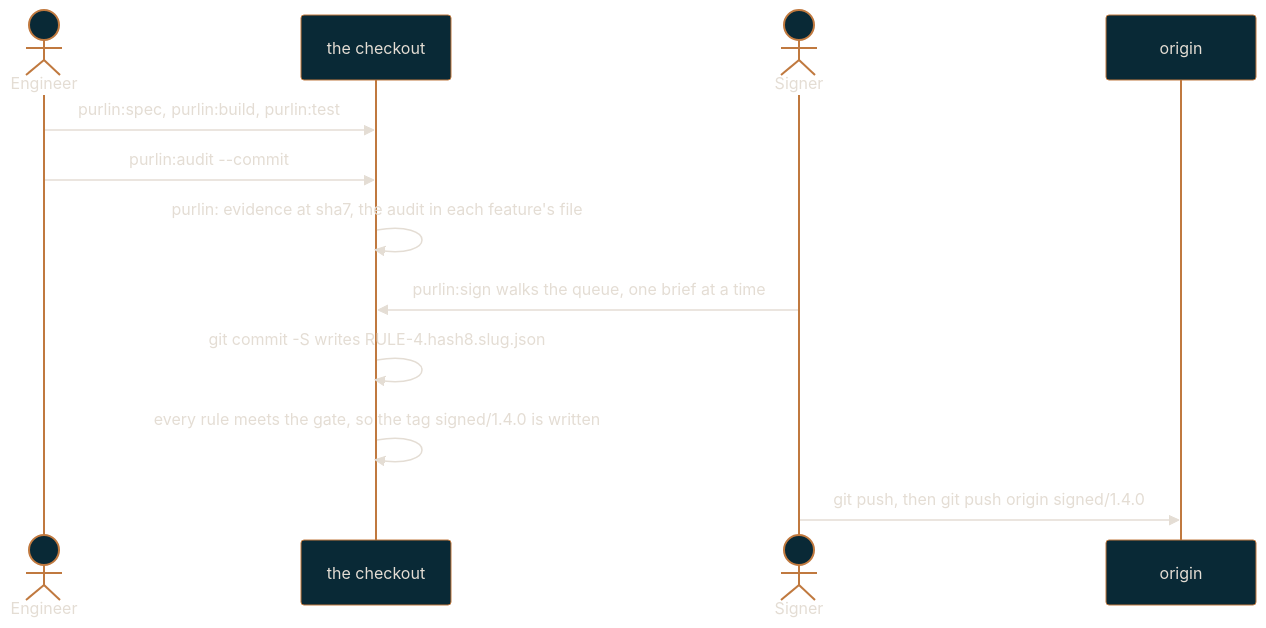
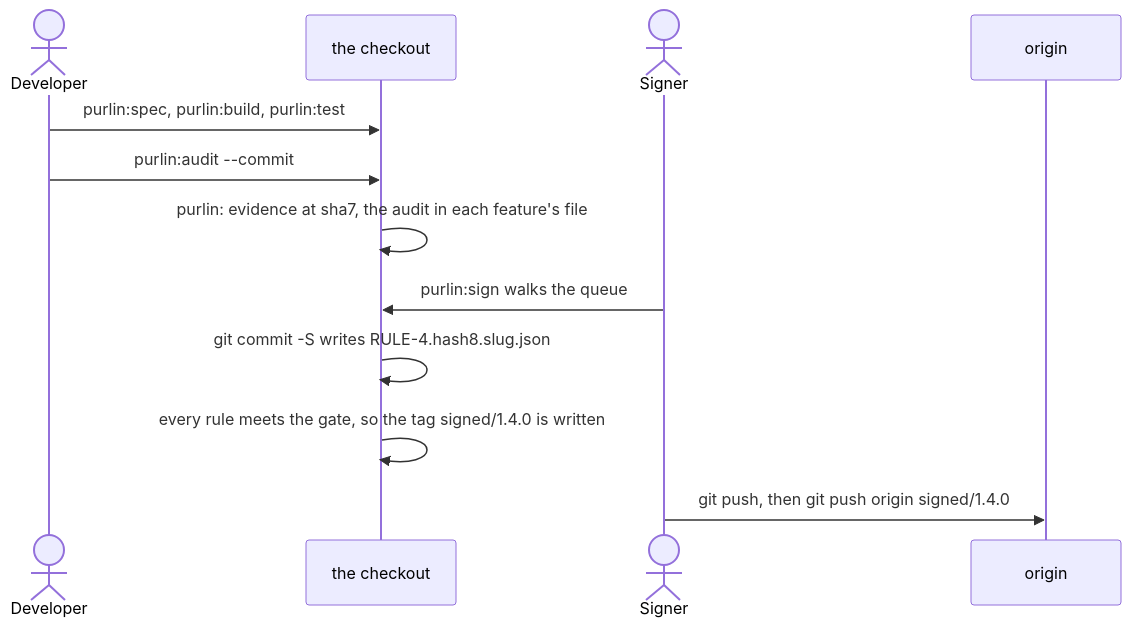
One commit to rlabarca/purlin changed the diagram in docs/regulated-workflow.md. Above: the diagram before and after it, drawn with Mermaid. The commit also changed other lines of this file, not shown here.

First line of the commit message:
docs(regulated-workflow): Purlin produces evidence for a regulated system and makes no claim of compliance

````diff
--- a/docs/regulated-workflow.md
+++ b/docs/regulated-workflow.md
@@ -36,15 +139,14 @@
 ```mermaid
-%%{init: {"theme": "base", "themeVariables": {"background": "#0C3444", "primaryColor": "#092936", "primaryTextColor": "#E4DDD4", "primaryBorderColor": "#C0793F", "lineColor": "#C0793F", "secondaryColor": "#0C3444", "tertiaryColor": "#092936", "fontFamily": "Arial", "textColor": "#E4DDD4"}}}%%
 sequenceDiagram
-    actor Engineer
+    actor Developer
     participant Tree as the checkout
     actor Signer
     participant Origin as origin
-    Engineer->>Tree: purlin:spec, purlin:build, purlin:test
-    Engineer->>Tree: purlin:audit --commit
+    Developer->>Tree: purlin:spec, purlin:build, purlin:test
+    Developer->>Tree: purlin:audit --commit
     Tree->>Tree: purlin: evidence at sha7, the audit in each feature's file
-    Signer->>Tree: purlin:sign walks the queue, one brief at a time
+    Signer->>Tree: purlin:sign walks the queue
     Tree->>Tree: git commit -S writes RULE-4.hash8.slug.json
     Tree->>Tree: every rule meets the gate, so the tag signed/1.4.0 is written
     Signer->>Origin: git push, then git push origin signed/1.4.0
 ```
````
